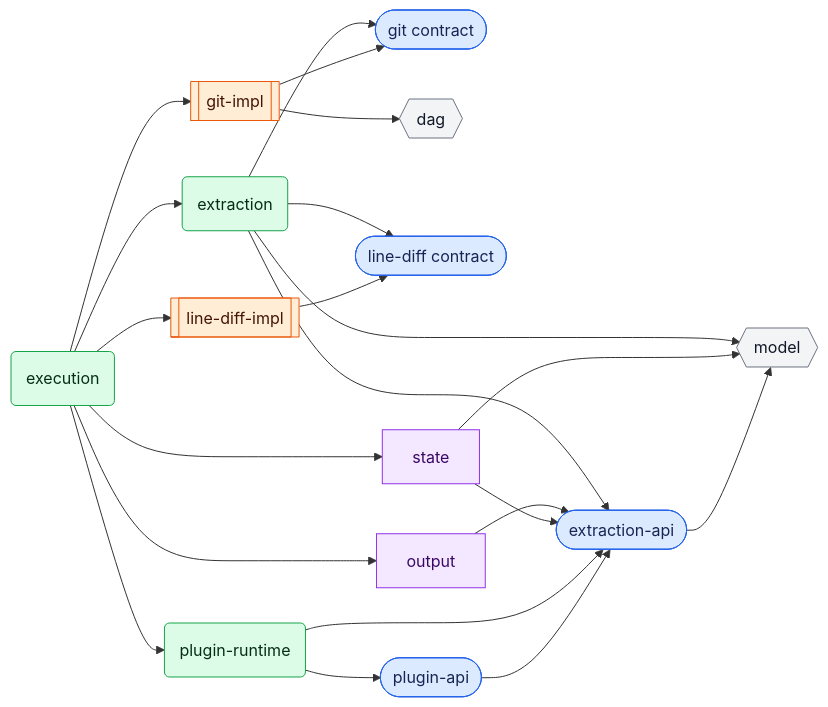
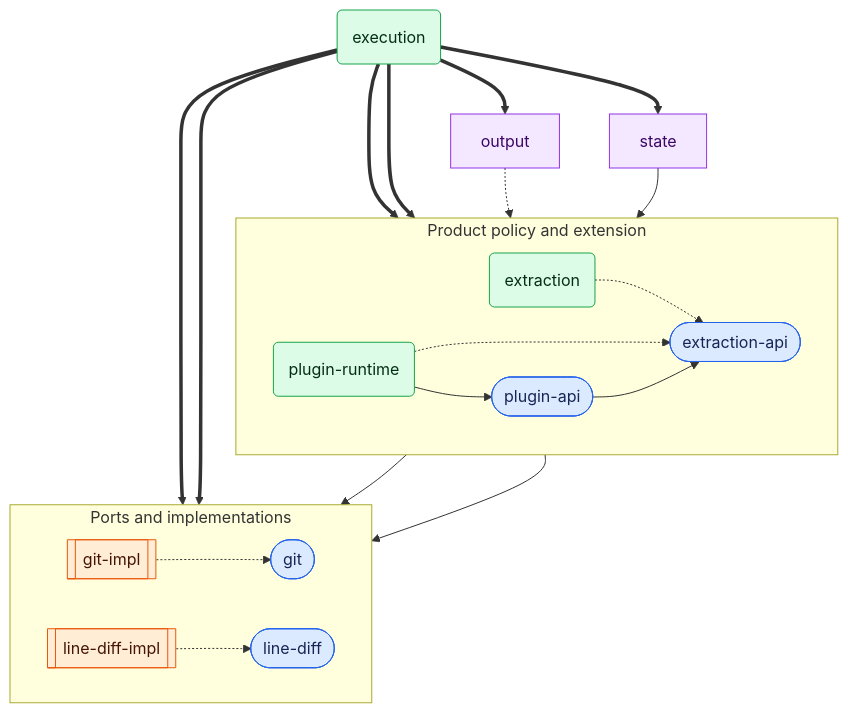
One commit to gitlode/gitlode changed the second of 2 diagrams in packages/gitlode/docs/design/domain-design.md. Above: the diagram before and after it, drawn with Mermaid. The commit also changed other lines of this file, not shown here.

Commit message:
docs: update domain design documentation for clarity and structural accuracy

````diff
--- a/packages/gitlode/docs/design/domain-design.md
+++ b/packages/gitlode/docs/design/domain-design.md
@@ -558,55 +548,52 @@
 ```mermaid
-flowchart LR
+flowchart TB
   execution("execution")
-  extraction("extraction")
-  extractionApi(["extraction-api"])
-  model{{"model"}}
-
-  git(["git contract"])
-  gitImpl[["git-impl"]]
-  dag{{"dag"}}
-
-  lineDiff(["line-diff contract"])
-  lineDiffImpl[["line-diff-impl"]]
-
   output["output"]
   state["state"]
-  pluginApi(["plugin-api"])
-  pluginRuntime("plugin-runtime")
+
+  subgraph product["Product policy and extension"]
+    direction LR
+    extraction("extraction")
+    extractionApi(["extraction-api"])
+    pluginApi(["plugin-api"])
+    pluginRuntime("plugin-runtime")
+  end
+
+  subgraph adapters["Ports and implementations"]
+    direction LR
+    git(["git"])
+    gitImpl[["git-impl"]]
+    lineDiff(["line-diff"])
+    lineDiffImpl[["line-diff-impl"]]
+  end
 
   classDef contract fill:#dbeafe,stroke:#2563eb,color:#172554
   classDef implementation fill:#ffedd5,stroke:#ea580c,color:#431407
   classDef policy fill:#dcfce7,stroke:#16a34a,color:#052e16
   classDef boundary fill:#f3e8ff,stroke:#9333ea,color:#3b0764
-  classDef foundation fill:#f3f4f6,stroke:#6b7280,color:#111827
 
   class extractionApi,git,lineDiff,pluginApi contract
   class gitImpl,lineDiffImpl implementation
   class execution,extraction,pluginRuntime policy
   class output,state boundary
-  class dag,model foundation
 
-  execution --> extraction
-  execution --> gitImpl
-  execution --> lineDiffImpl
-  execution --> output
-  execution --> state
-  execution --> pluginRuntime
+  execution ==> extraction
+  execution ==> gitImpl
+  execution ==> lineDiffImpl
+  execution ==> output
+  execution ==> state
+  execution ==> pluginRuntime
 
-  extraction --> extractionApi
+  extraction -.-> extractionApi
   extraction --> git
   extraction --> lineDiff
-  extraction --> model
 
-  gitImpl --> git
-  gitImpl --> dag
-  lineDiffImpl --> lineDiff
+  gitImpl -.-> git
+  lineDiffImpl -.-> lineDiff
 
-  output --> extractionApi
+  output -.-> extractionApi
   state --> extractionApi
-  state --> model
   pluginRuntime --> pluginApi
-  pluginRuntime --> extractionApi
+  pluginRuntime -.-> extractionApi
   pluginApi --> extractionApi
-  extractionApi --> model
 ```
````
